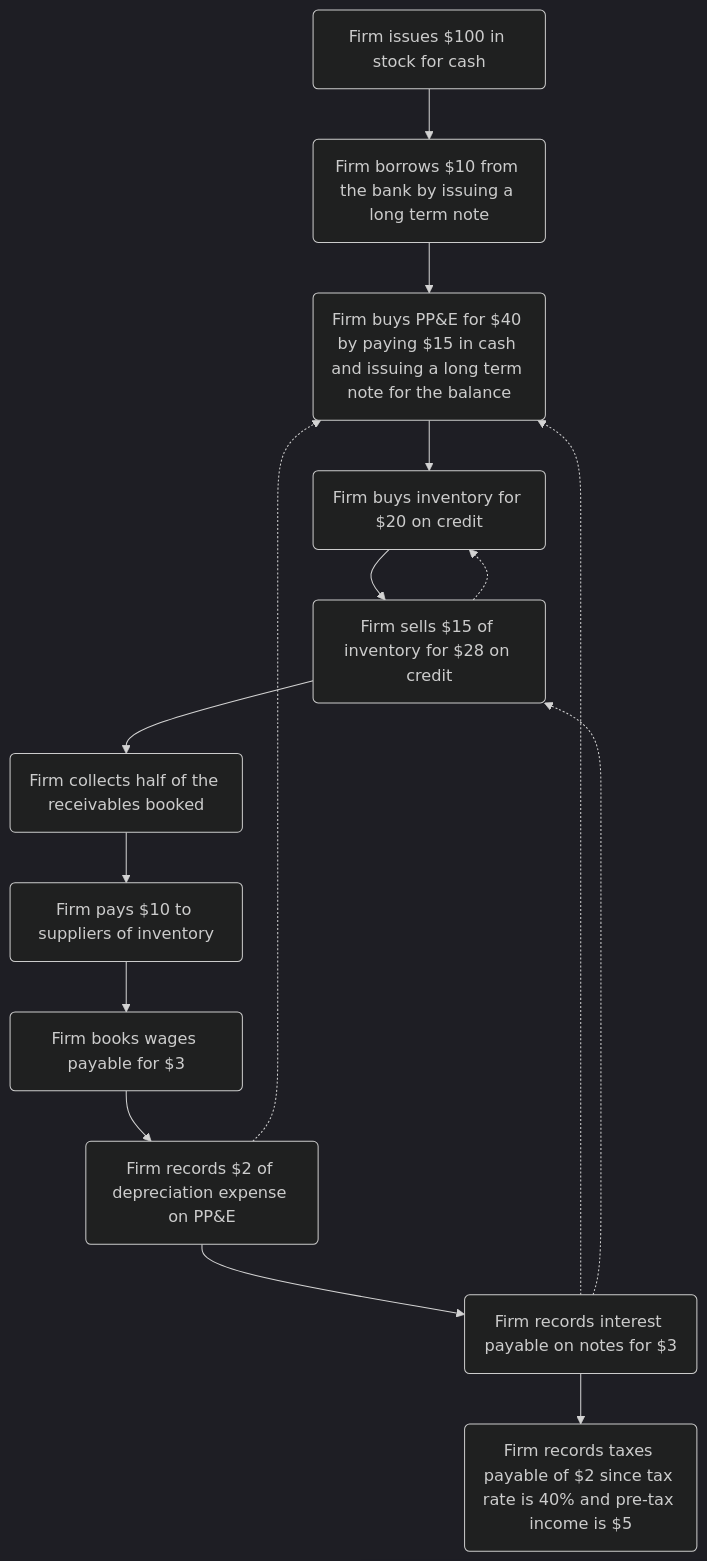
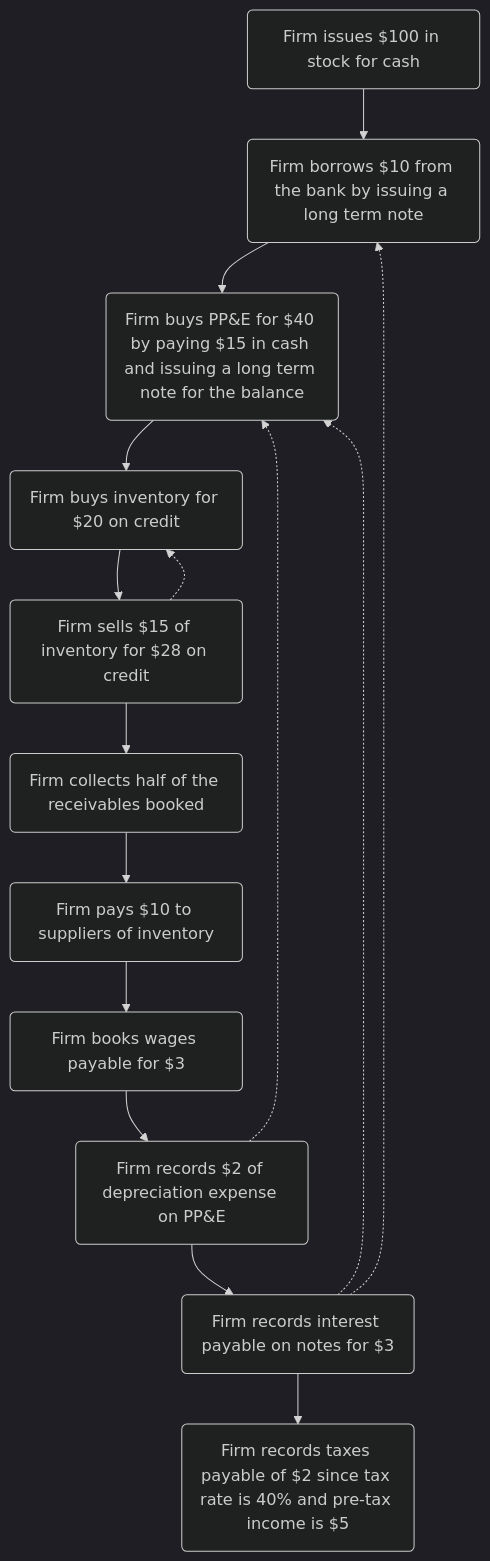
The diagram in Accounting_Notes.md (sheilsarda/Training_The_Street), drawn with Mermaid (dark theme) before and after one commit.

Commit message:
fixed arrow end

````diff
--- a/Accounting_Notes.md
+++ b/Accounting_Notes.md
@@ -75,17 +75,17 @@
 ```mermaid
 flowchart TB
     A(Firm issues $100 in stock for cash) --> B(Firm borrows $10 from the bank by issuing a long term note)
     B --> C(Firm buys PP&E for $40 by paying $15 in cash and issuing a long term note for the balance)
     C --> D(Firm buys inventory for $20 on credit)
     D --> E(Firm sells $15 of inventory for $28 on credit)
     E --> F(Firm collects half of the receivables booked)
     F --> G(Firm pays $10 to suppliers of inventory)
     G --> H(Firm books wages payable for $3)
     H --> I(Firm records $2 of depreciation expense on PP&E)
     I --> J(Firm records interest payable on notes for $3)
     J --> K(Firm records taxes payable of $2 since tax rate is 40% and pre-tax income is $5)
     I -.-> C
     E -.-> D
     J -.-> C
-    J -.-> E
+    J -.-> B
 ```
````
